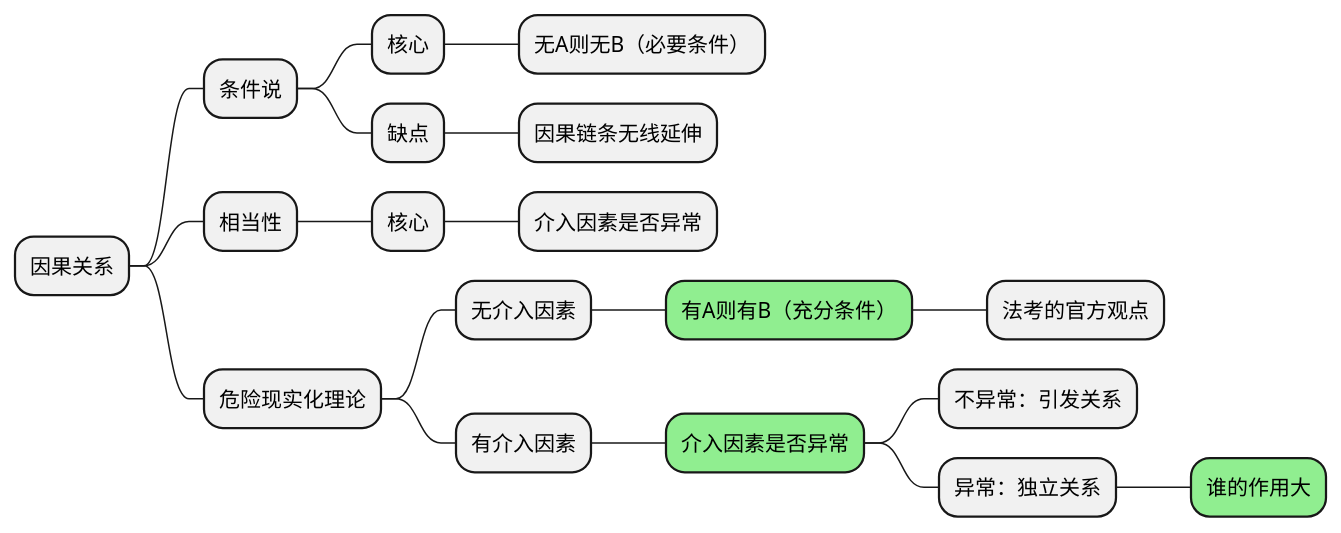
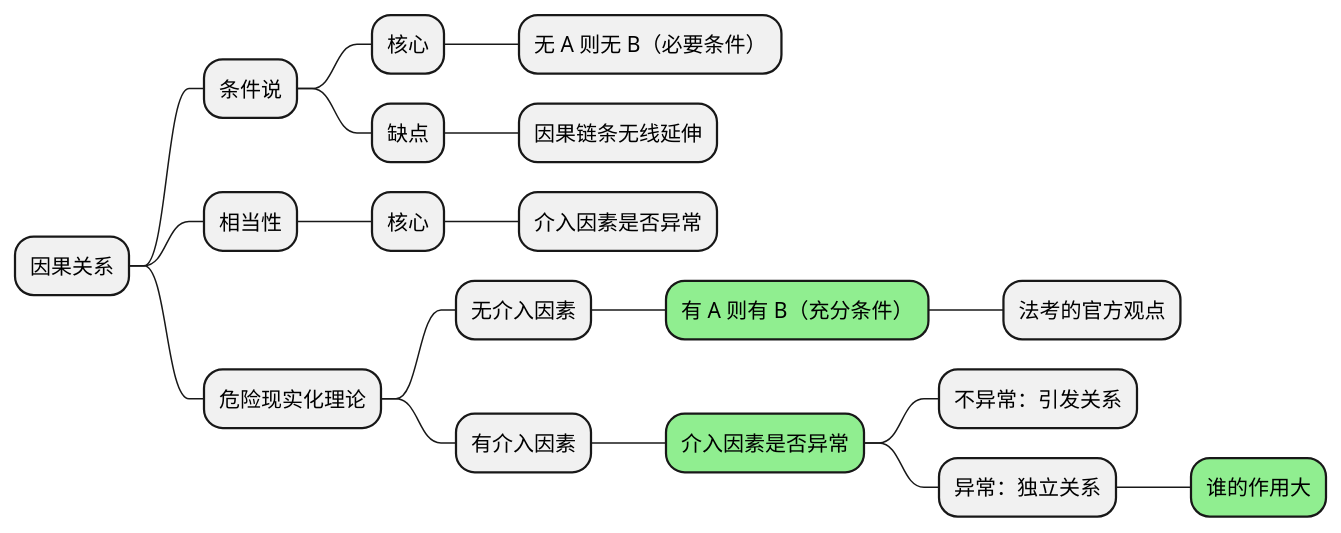
Before and after one commit to lsieun/lsieun.github.io: the tenth of 17 diagrams in _law/criminal/general/刑法-06-犯罪论-客观要件-因果关系.md, drawn with PlantUML. The commit also changed other lines of this file and 169 other files, not shown here.

````diff
--- a/_law/criminal/general/刑法-06-犯罪论-客观要件-因果关系.md
+++ b/_law/criminal/general/刑法-06-犯罪论-客观要件-因果关系.md
@@ -233,24 +234,24 @@
 ```plantuml
 @startmindmap
 
 * 因果关系
     * 条件说
         * 核心
-            * 无A则无B（必要条件）
+            * 无 A 则无 B（必要条件）
         * 缺点
             * 因果链条无线延伸
     * 相当性
         * 核心
             * 介入因素是否异常
     * 危险现实化理论
         * 无介入因素
-            *[#lightgreen] 有A则有B（充分条件）
+            *[#lightgreen] 有 A 则有 B（充分条件）
                 * 法考的官方观点
         * 有介入因素
             *[#lightgreen] 介入因素是否异常
                 * 不异常：引发关系
                 * 异常：独立关系
                     *[#lightgreen] 谁的作用大
 
 @endmindmap
 ```
````
